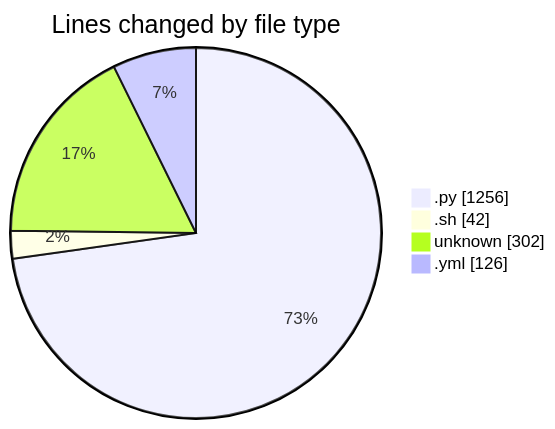
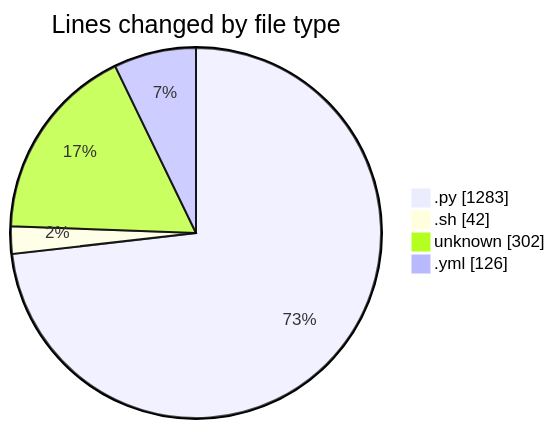
One commit to Elitesun/code-tracking changed the first of 2 diagrams in 2025-05-14/niten/README.md. Above: the diagram before and after it, drawn with Mermaid. The commit also changed other lines of this file and 1 other file, not shown here.

````diff
--- a/2025-05-14/niten/README.md
+++ b/2025-05-14/niten/README.md
@@ -34,8 +34,8 @@
 ```mermaid
 pie showData
 title Lines changed by file type
-".py" : 1256
+".py" : 1283
 ".sh" : 42
 "unknown" : 302
 ".yml" : 126
 ```
````
